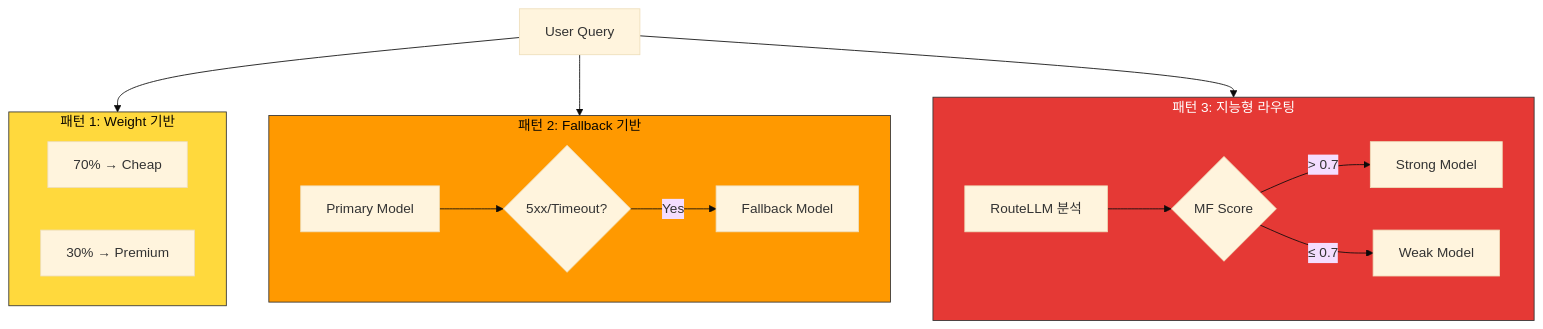
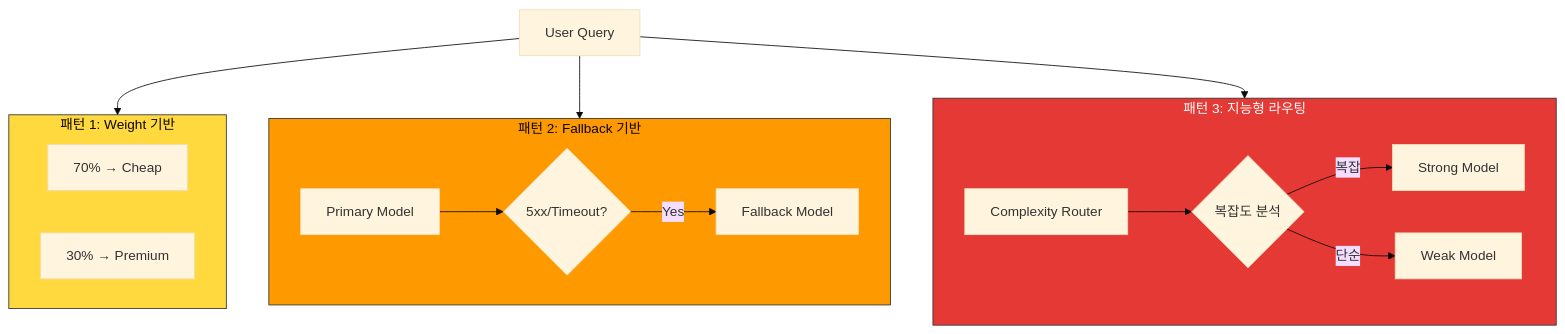
One commit to devfloor9/engineering-playbook changed the third of 5 diagrams in docs/agentic-ai-platform/design-architecture/inference-gateway-routing.md. Above: the diagram before and after it, drawn with Mermaid (base theme). The commit also changed other lines of this file and 5 other files, not shown here.

````diff
--- a/docs/agentic-ai-platform/design-architecture/inference-gateway-routing.md
+++ b/docs/agentic-ai-platform/design-architecture/inference-gateway-routing.md
@@ -354,35 +242,35 @@
 ```mermaid
 flowchart TB
     Q[User Query]
     
     subgraph P1["패턴 1: Weight 기반"]
         W1[70% → Cheap]
         W2[30% → Premium]
     end
     
     subgraph P2["패턴 2: Fallback 기반"]
         F1[Primary Model]
         F2{5xx/Timeout?}
         F3[Fallback Model]
     end
     
     subgraph P3["패턴 3: 지능형 라우팅"]
-        R1[RouteLLM 분석]
-        R2{MF Score}
+        R1[Complexity Router]
+        R2{복잡도 분석}
         R3[Strong Model]
         R4[Weak Model]
     end
     
     Q --> P1 & P2 & P3
     
     F1 --> F2
     F2 -->|Yes| F3
     
     R1 --> R2
-    R2 -->|> 0.7| R3
-    R2 -->|≤ 0.7| R4
+    R2 -->|복잡| R3
+    R2 -->|단순| R4
     
     style P1 fill:#ffd93d,stroke:#333
     style P2 fill:#ff9900,stroke:#333
     style P3 fill:#e53935,stroke:#333,color:#fff
 ```
````
